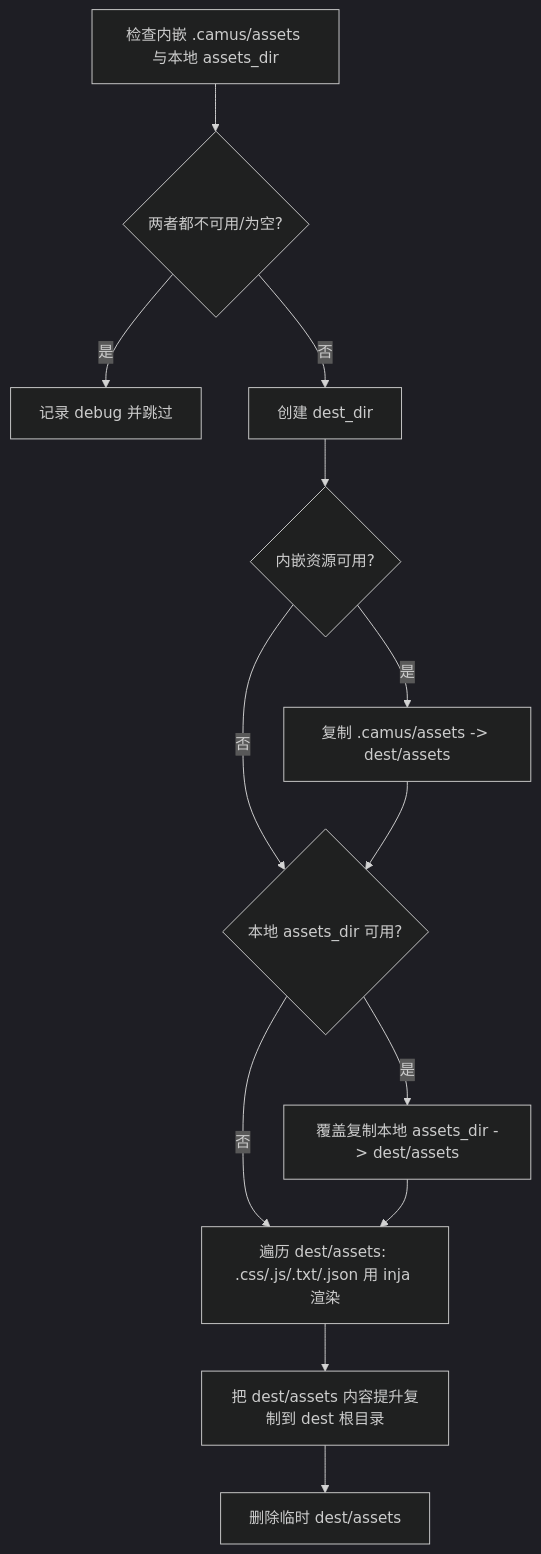
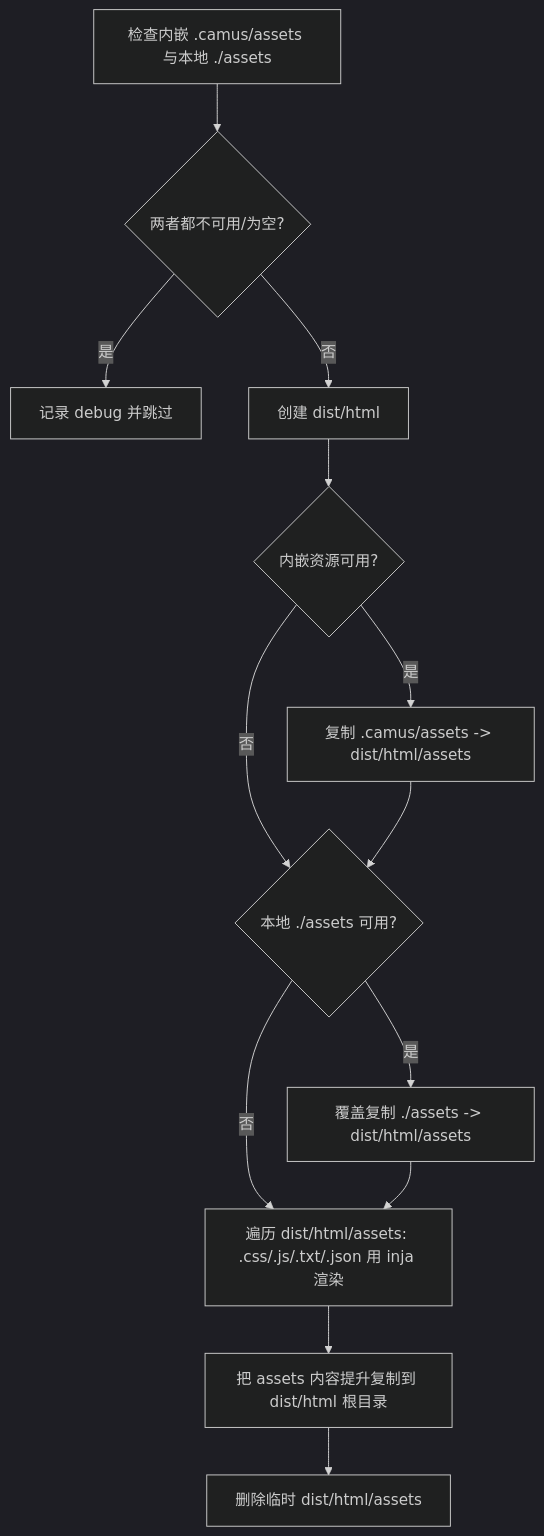
One commit to o8x/camus changed the first of 2 diagrams in docs/prd/06-output.md. Above: the diagram before and after it, drawn with Mermaid (dark theme). The commit also changed other lines of this file and 10 other files, not shown here.

````diff
--- a/docs/prd/06-output.md
+++ b/docs/prd/06-output.md
@@ -133,15 +135,15 @@
 ```mermaid
 flowchart TD
-    A[检查内嵌 .camus/assets 与本地 assets_dir] --> B{两者都不可用/为空?}
+    A[检查内嵌 .camus/assets 与本地 ./assets] --> B{两者都不可用/为空?}
     B -->|是| Z[记录 debug 并跳过]
-    B -->|否| C[创建 dest_dir]
+    B -->|否| C[创建 dist/html]
     C --> D{内嵌资源可用?}
-    D -->|是| E[复制 .camus/assets -> dest/assets]
+    D -->|是| E[复制 .camus/assets -> dist/html/assets]
     D -->|否| F
-    E --> F{本地 assets_dir 可用?}
-    F -->|是| G[覆盖复制本地 assets_dir -> dest/assets]
+    E --> F{本地 ./assets 可用?}
+    F -->|是| G[覆盖复制 ./assets -> dist/html/assets]
     F -->|否| H
-    G --> H[遍历 dest/assets: .css/.js/.txt/.json 用 inja 渲染]
-    H --> I[把 dest/assets 内容提升复制到 dest 根目录]
-    I --> J[删除临时 dest/assets]
+    G --> H[遍历 dist/html/assets: .css/.js/.txt/.json 用 inja 渲染]
+    H --> I[把 assets 内容提升复制到 dist/html 根目录]
+    I --> J[删除临时 dist/html/assets]
 ```
````
